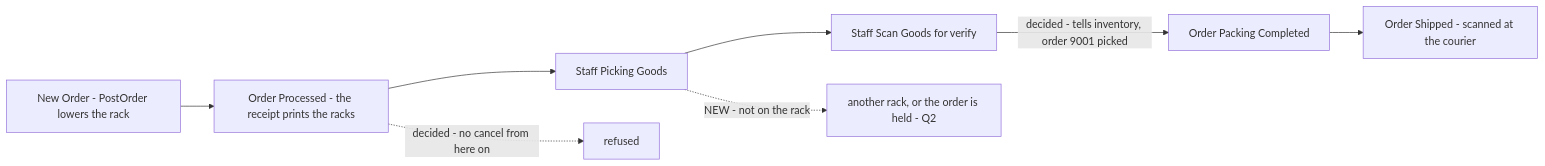
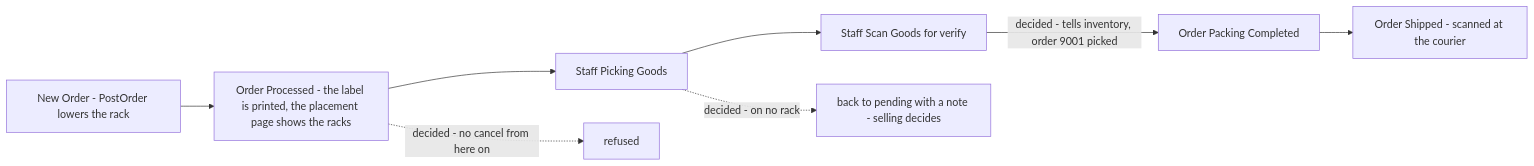
One commit to pdcgo/warehouse_revamp changed the second of 6 diagrams in docs/business/inventory/order_clarify.md. Above: the diagram before and after it, drawn with Mermaid. The commit also changed other lines of this file and 12 other files, not shown here.

First line of the commit message:
docs(order,inventory): the reserve and the refusals, the key's own table, missing goods back to pending

````diff
--- a/docs/business/inventory/order_clarify.md
+++ b/docs/business/inventory/order_clarify.md
@@ -115,10 +126,10 @@
 ```mermaid
 flowchart LR
-  N["New Order - PostOrder lowers the rack"] --> C["Order Processed - the receipt prints the racks"]
+  N["New Order - PostOrder lowers the rack"] --> C["Order Processed - the label is printed, the placement page shows the racks"]
   C --> P["Staff Picking Goods"]
   P --> S["Staff Scan Goods for verify"]
   S -->|"decided - tells inventory, order 9001 picked"| K["Order Packing Completed"]
   K --> SH["Order Shipped - scanned at the courier"]
-  P -.->|"NEW - not on the rack"| NF["another rack, or the order is held - Q2"]
+  P -.->|"decided - on no rack"| NF["back to pending with a note - selling decides"]
   C -.->|"decided - no cancel from here on"| CX["refused"]
 ```
````
